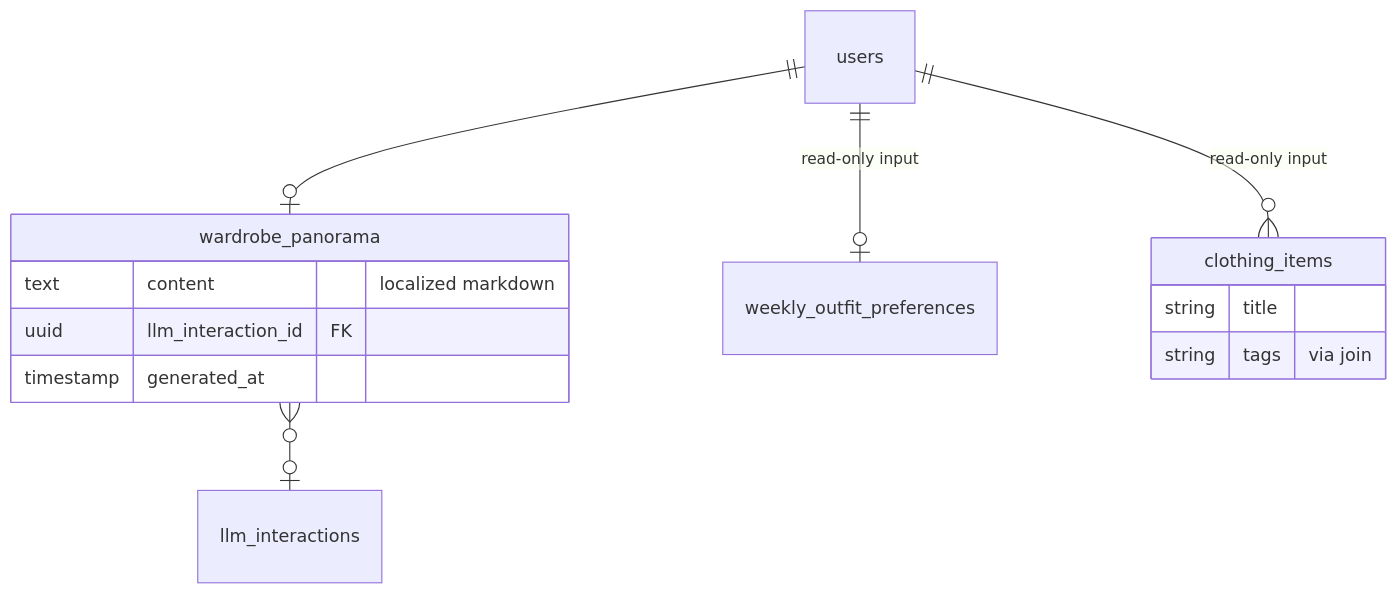
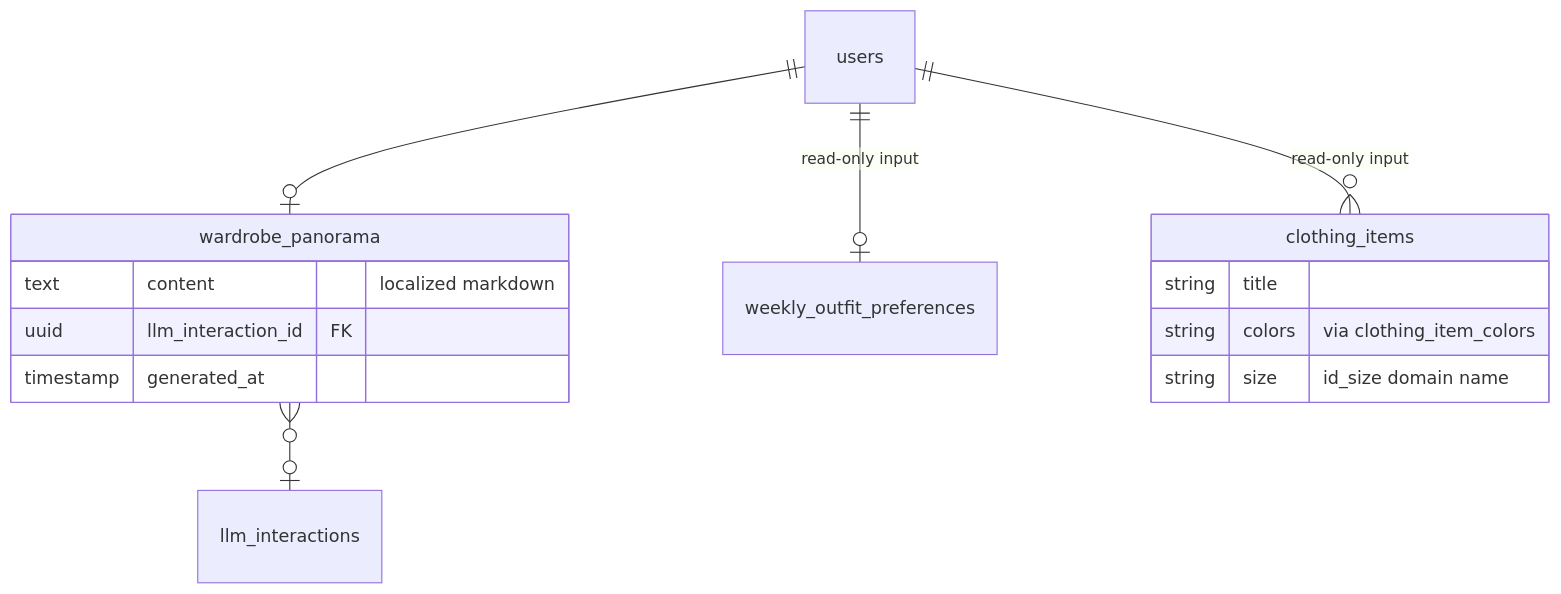
Before and after one commit to emmanuelviniciusdev/SkyDIIV--backstage: the second of 4 diagrams in apps/worker-ai-workflows/docs/WARDROBE_PANORAMA_WORKFLOW.md, drawn with Mermaid. The commit also changed other lines of this file and 17 other files, not shown here.

Commit message:
feat(worker-ai-workflows): use catalog colors and size in wardrobe prompts instead of tags

````diff
--- a/apps/worker-ai-workflows/docs/WARDROBE_PANORAMA_WORKFLOW.md
+++ b/apps/worker-ai-workflows/docs/WARDROBE_PANORAMA_WORKFLOW.md
@@ -410,18 +410,19 @@
 ```mermaid
 erDiagram
     users ||--o| wardrobe_panorama : ""
     users ||--o| weekly_outfit_preferences : "read-only input"
     users ||--o{ clothing_items : "read-only input"
     wardrobe_panorama }o--o| llm_interactions : ""
 
     wardrobe_panorama {
         text content "localized markdown"
         uuid llm_interaction_id FK
         timestamp generated_at
     }
 
     clothing_items {
         string title
-        string tags "via join"
+        string colors "via clothing_item_colors"
+        string size "id_size domain name"
     }
 ```
````
